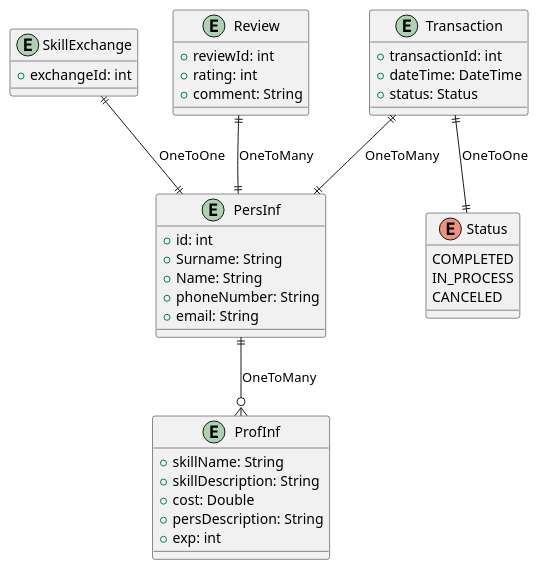
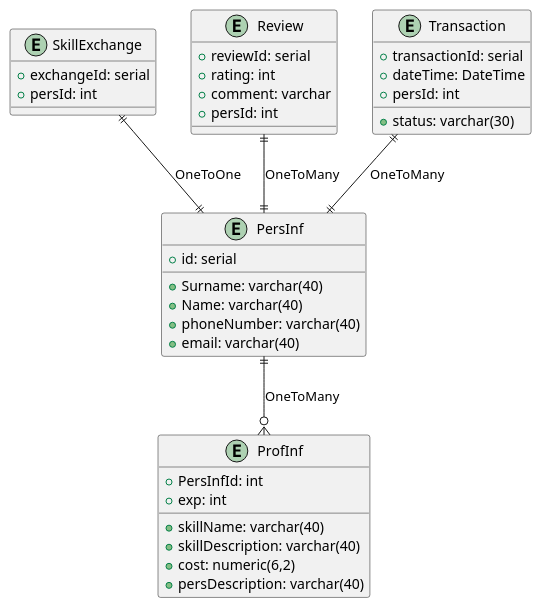
The diagram in src/main/uml/ErDiagram.puml (Xastt/SkillSwapArchitecture), drawn with PlantUML before and after one commit. The commit also changed 1 other file, not shown here.

Commit message:
Edit er-diagram, add types

```diff
--- a/src/main/uml/ErDiagram.puml
+++ b/src/main/uml/ErDiagram.puml
@@ -1,47 +1,46 @@
 @startuml
 
 entity PersInf {
-    +id: int
-    +Surname: String
-    +Name: String
-    +phoneNumber: String
-    +email: String
+    +id: serial
+    +Surname: varchar(40)
+    +Name: varchar(40)
+    +phoneNumber: varchar(40)
+    +email: varchar(40)
 }
 
 entity ProfInf {
-    +skillName: String
-    +skillDescription: String
-    +cost: Double
-    +persDescription: String
+    +PersInfId: int
+    +skillName: varchar(40)
+    +skillDescription: varchar(40)
+    +cost: numeric(6,2)
+    +persDescription: varchar(40)
     +exp: int
 }
 
 entity SkillExchange {
-    +exchangeId: int
+    +exchangeId: serial
+    +persId: int
 }
 
 entity Review {
-    +reviewId: int
+    +reviewId: serial
     +rating: int
-    +comment: String
+    +comment: varchar
+    +persId: int
 }
 
 entity Transaction {
-    +transactionId: int
+    +transactionId: serial
     +dateTime: DateTime
-    +status: Status
+    +status: varchar(30)
+    +persId: int
 }
 
-enum Status {
-    COMPLETED
-    IN_PROCESS
-    CANCELED
-}
+
 
 PersInf ||--o{ ProfInf : "OneToMany"
 SkillExchange ||--|| PersInf : "OneToOne"
 Review ||--|| PersInf : "OneToMany"
 Transaction ||--|| PersInf : "OneToMany"
-Transaction ||--|| Status : "OneToOne"
 
 @enduml
```
